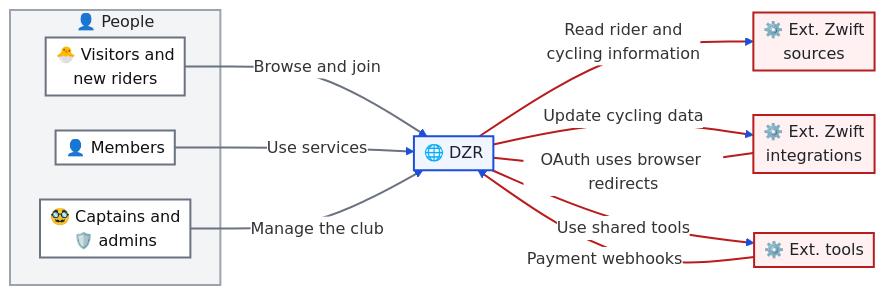
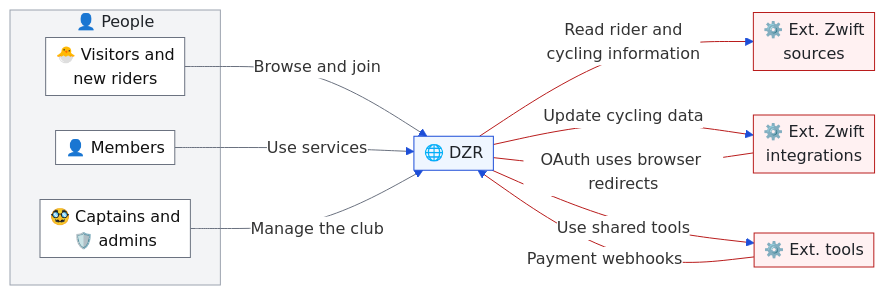
Before and after one commit to T00few2/dzr: the first of 2 diagrams in docs/architecture/overview.md, drawn with Mermaid. The commit also changed other lines of this file and 34 other files, not shown here.

Commit message:
docs: use normal strokes and enforce 12px sequence labels

````diff
--- a/docs/architecture/overview.md
+++ b/docs/architecture/overview.md
@@ -14,46 +14,46 @@
 ```mermaid
 ---
 config:
   theme: base
   themeVariables:
     edgeLabelBackground: '#ffffff'
   themeCSS: |
     .edgeLabel, .edgeLabel p { font-size: 12px !important; }
     :is(&) { background: #ffffff; }
   flowchart:
     padding: 5
     nodeSpacing: 35
     rankSpacing: 60
 ---
 flowchart LR
     subgraph people["👤 People"]
         visitor["🐣 Visitors and<br/>new riders"]
         member["👤 Members"]
         staff["🥸 Captains and<br/>🛡️ admins"]
     end
     visitor -->|Browse and join| dzr["🌐 DZR"]
     member -->|Use services| dzr
     staff -->|Manage the club| dzr
     dzr -->|Read rider and<br/>cycling information| sources["⚙️ Ext. Zwift<br/>sources"]
     dzr -->|Update cycling data| integrations["⚙️ Ext. Zwift<br/>integrations"]
     dzr -->|Use shared tools| tools["⚙️ Ext. tools"]
     tools -->|Payment webhooks| dzr
     integrations ---|OAuth uses browser redirects| dzr
-    classDef default fill:#eff6ff,stroke:#1d4ed8,stroke-width:2px,color:#1f2328
-    classDef external fill:#fff1f2,stroke:#b91c1c,stroke-width:2px,color:#1f2328
-    linkStyle default stroke:#1d4ed8,stroke-width:2px
+    classDef default fill:#eff6ff,stroke:#1d4ed8,color:#1f2328
+    classDef external fill:#fff1f2,stroke:#b91c1c,color:#1f2328
+    linkStyle default stroke:#1d4ed8
     class sources,integrations,tools external
-    linkStyle 3,4,5 stroke:#b91c1c,stroke-width:2px
-    style people fill:#f3f4f6,stroke:#9ca3af,stroke-width:2px,color:#1f2328
-    classDef provider5 fill:#ffffff,stroke:#6B7280,stroke-width:2px,color:#111111
+    linkStyle 3,4,5 stroke:#b91c1c
+    style people fill:#f3f4f6,stroke:#9ca3af,color:#1f2328
+    classDef provider5 fill:#ffffff,stroke:#6B7280,color:#111111
     class people,member provider5
-    classDef provider6 fill:#ffffff,stroke:#6B7280,stroke-width:2px,color:#111111
+    classDef provider6 fill:#ffffff,stroke:#6B7280,color:#111111
     class visitor provider6
-    classDef provider7 fill:#ffffff,stroke:#6B7280,stroke-width:2px,color:#111111
+    classDef provider7 fill:#ffffff,stroke:#6B7280,color:#111111
     class staff provider7
-    linkStyle 0 stroke:#6B7280,stroke-width:2px
-    linkStyle 1 stroke:#6B7280,stroke-width:2px
-    linkStyle 2 stroke:#6B7280,stroke-width:2px
-    linkStyle 6 stroke:#b91c1c,stroke-width:2px
-    linkStyle 7 stroke:#b91c1c,stroke-width:2px
+    linkStyle 0 stroke:#6B7280
+    linkStyle 1 stroke:#6B7280
+    linkStyle 2 stroke:#6B7280
+    linkStyle 6 stroke:#b91c1c
+    linkStyle 7 stroke:#b91c1c
 ```
````
